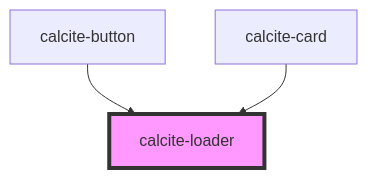
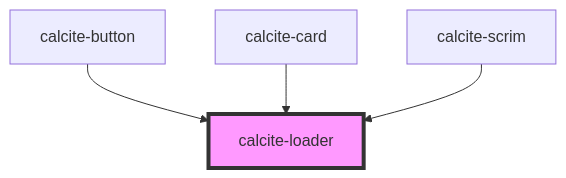
The diagram in src/components/calcite-loader/readme.md (vikivakarvc/calcite-design-system), drawn with Mermaid before and after one commit. The commit also changed other lines of this file and 9 other files, not shown here.

````diff
--- a/src/components/calcite-loader/readme.md
+++ b/src/components/calcite-loader/readme.md
@@ -46,6 +46,7 @@
 ```mermaid
 graph TD;
   calcite-button --> calcite-loader
   calcite-card --> calcite-loader
+  calcite-scrim --> calcite-loader
   style calcite-loader fill:#f9f,stroke:#333,stroke-width:4px
 ```
````
